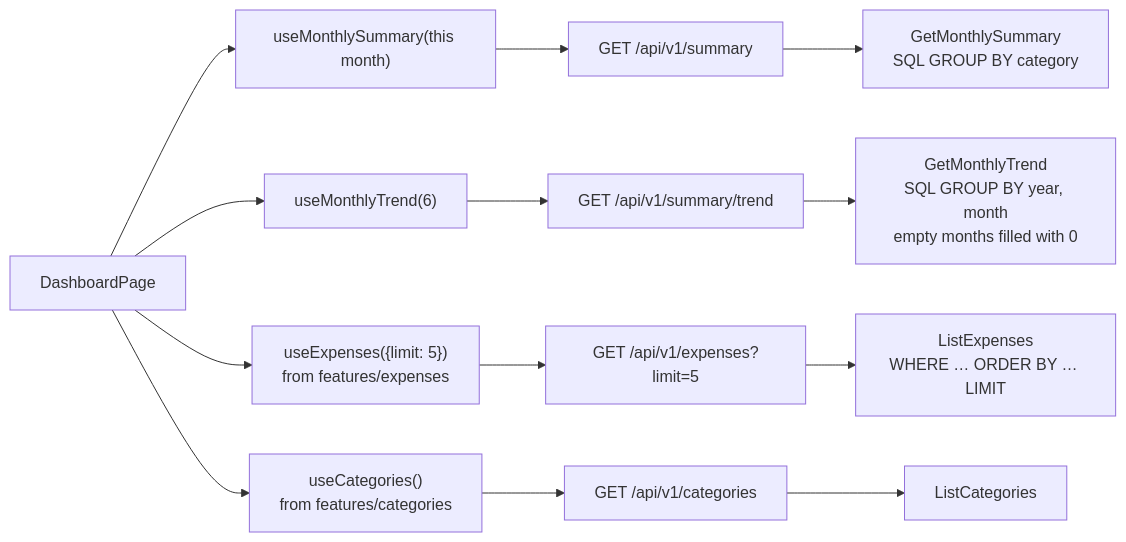
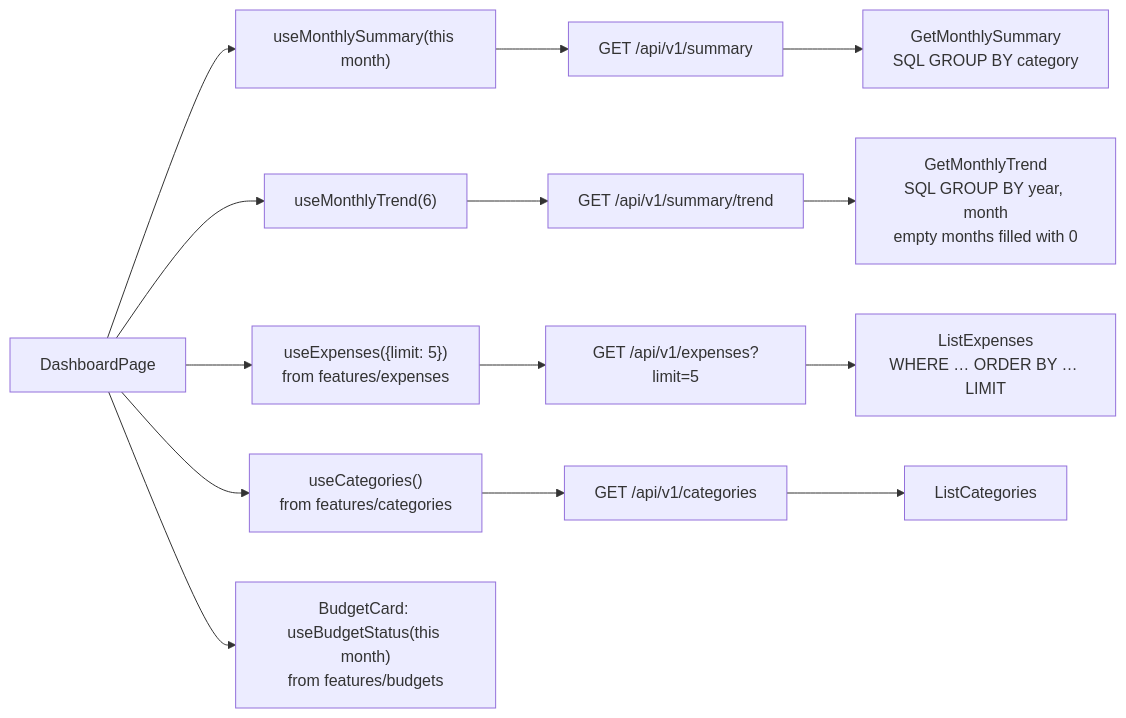
One commit to primecoderIN/trackwise.ai changed the second of 6 diagrams in docs/how_spendwise_works.md. Above: the diagram before and after it, drawn with Mermaid. The commit also changed other lines of this file and 203 other files, not shown here.

````diff
--- a/docs/how_spendwise_works.md
+++ b/docs/how_spendwise_works.md
@@ -43,11 +43,12 @@
 ```mermaid
 flowchart LR
     PAGE["DashboardPage"] --> Q1["useMonthlySummary(this month)"]
     PAGE --> Q2["useMonthlyTrend(6)"]
     PAGE --> Q3["useExpenses({limit: 5})<br/>from features/expenses"]
     PAGE --> Q4["useCategories()<br/>from features/categories"]
+    PAGE --> Q5["BudgetCard: useBudgetStatus(this month)<br/>from features/budgets"]
     Q1 --> R1["GET /api/v1/summary"] --> H1["GetMonthlySummary<br/>SQL GROUP BY category"]
     Q2 --> R2["GET /api/v1/summary/trend"] --> H2["GetMonthlyTrend<br/>SQL GROUP BY year, month<br/>empty months filled with 0"]
     Q3 --> R3["GET /api/v1/expenses?limit=5"] --> H3["ListExpenses<br/>WHERE … ORDER BY … LIMIT"]
     Q4 --> R4["GET /api/v1/categories"] --> H4["ListCategories"]
 ```
````
